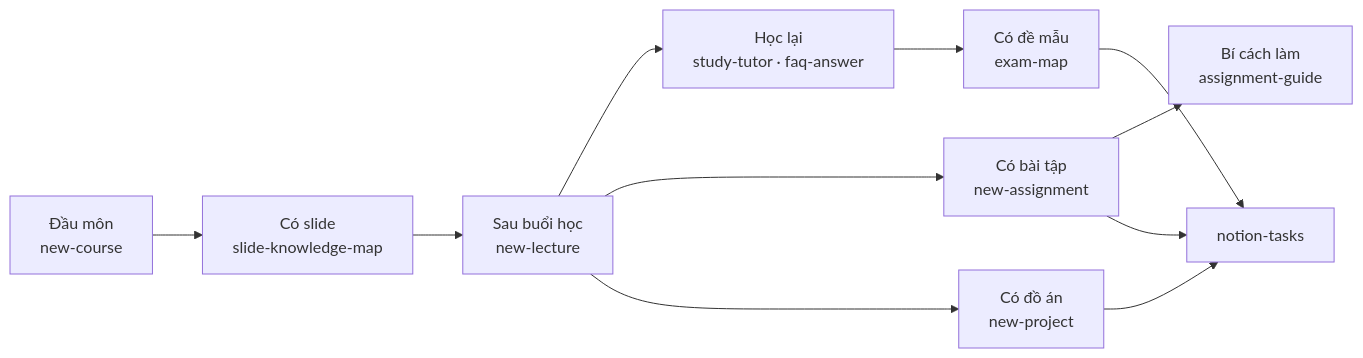
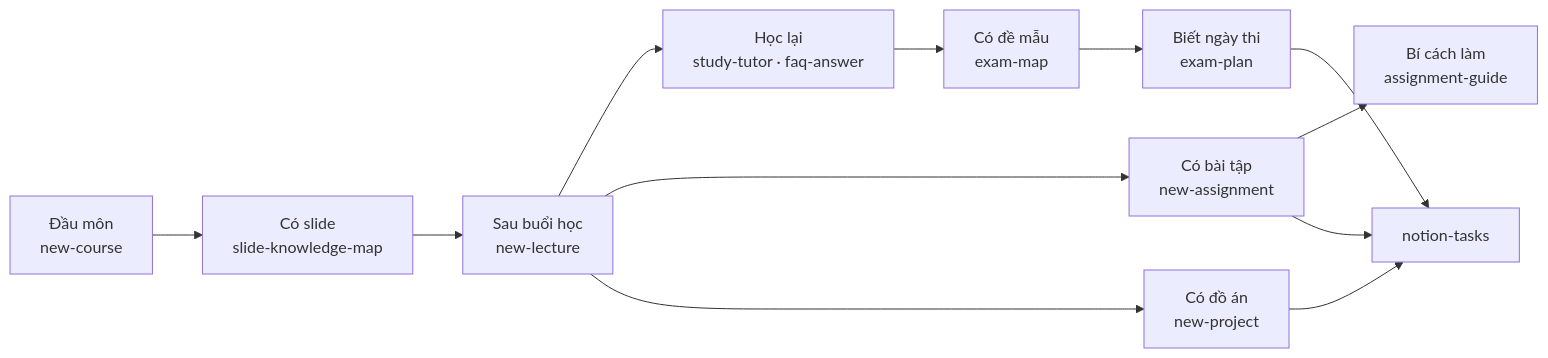
The diagram in SKILLS.md (papercoding22/scientia-academica), drawn with Mermaid before and after one commit. The commit also changed other lines of this file and 4 other files, not shown here.

Commit message:
repo: thêm skill exam-plan — kế hoạch ôn thi → Notion + Google Calendar

````diff
--- a/SKILLS.md
+++ b/SKILLS.md
@@ -30,13 +31,14 @@
 ```mermaid
 flowchart LR
   A[Đầu môn<br/>new-course] --> B[Có slide<br/>slide-knowledge-map]
   B --> C[Sau buổi học<br/>new-lecture]
   C --> D[Học lại<br/>study-tutor · faq-answer]
   C --> E[Có bài tập<br/>new-assignment]
   E --> F[Bí cách làm<br/>assignment-guide]
   E --> N[notion-tasks]
   C --> P[Có đồ án<br/>new-project]
   P --> N
   D --> G[Có đề mẫu<br/>exam-map]
-  G --> N
+  G --> X[Biết ngày thi<br/>exam-plan]
+  X --> N
 ```
````
